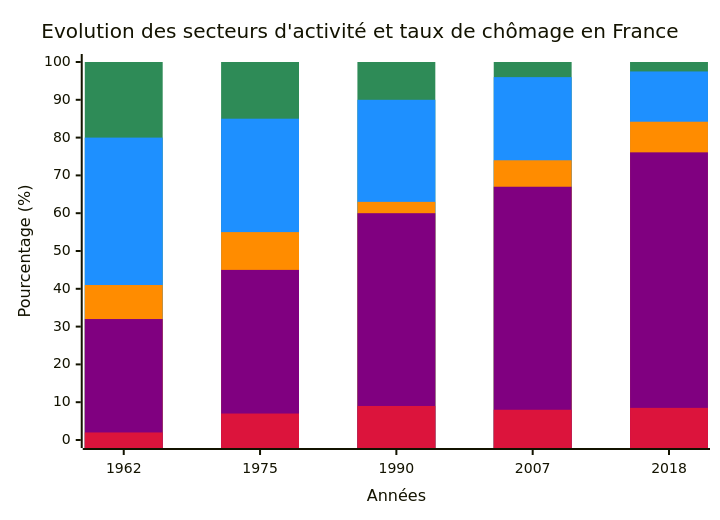
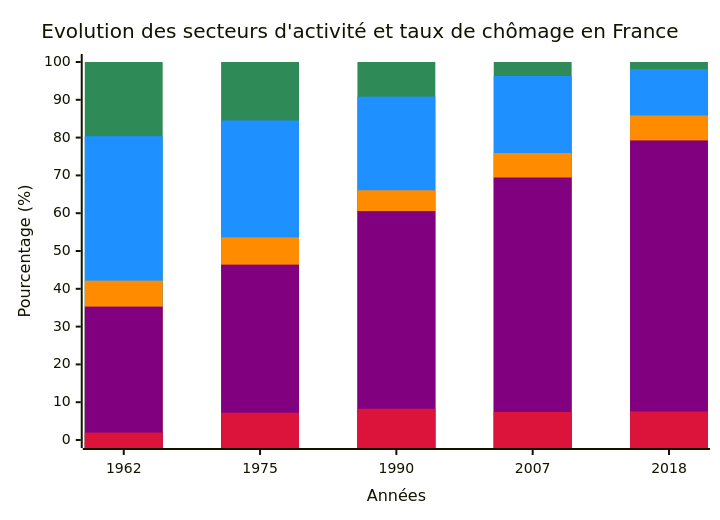
The first of 4 diagrams in slides/ia_quinquennat/slides.md (fabienfrfr/MFRB), drawn with Mermaid before and after one commit. The commit also changed other lines of this file and 3 other files, not shown here.

````diff
--- a/slides/ia_quinquennat/slides.md
+++ b/slides/ia_quinquennat/slides.md
@@ -32,19 +32,19 @@
 ```mermaid {theme: 'neutral', scale: 0.5}
 ---
 config:
   themeVariables:
     xyChart:
       showDataLabel: true
       plotColorPalette: ' #2E8B57, #1E90FF, #FF8C00, #800080, #DC143C'
 ---
 xychart
 title "Evolution des secteurs d'activité et taux de chômage en France"
 x-axis "Années" [1962, 1975, 1990, 2007, 2018]
 y-axis "Pourcentage (%)" 0 --> 100
 
 bar "Agriculture" [100, 100, 100, 100, 100]
-bar "Industrie" [80, 85, 90, 96, 97.5]
-bar "Construction" [41, 55, 63, 74, 84.2]
-bar "Tertiaire" [32, 45, 60, 67, 76.1]
-bar "Taux de chômage" [2, 7, 9, 8, 8.5]
+bar "Industrie" [80.39, 84.54, 90.83, 96.30, 98.11]
+bar "Construction" [42.16, 53.61, 66.06, 75.93, 85.85]
+bar "Tertiaire" [35.29, 46.39, 60.55, 69.44, 79.25]
+bar "Taux de chômage" [1.96, 7.22, 8.26, 7.41, 7.55]
 ```
````
